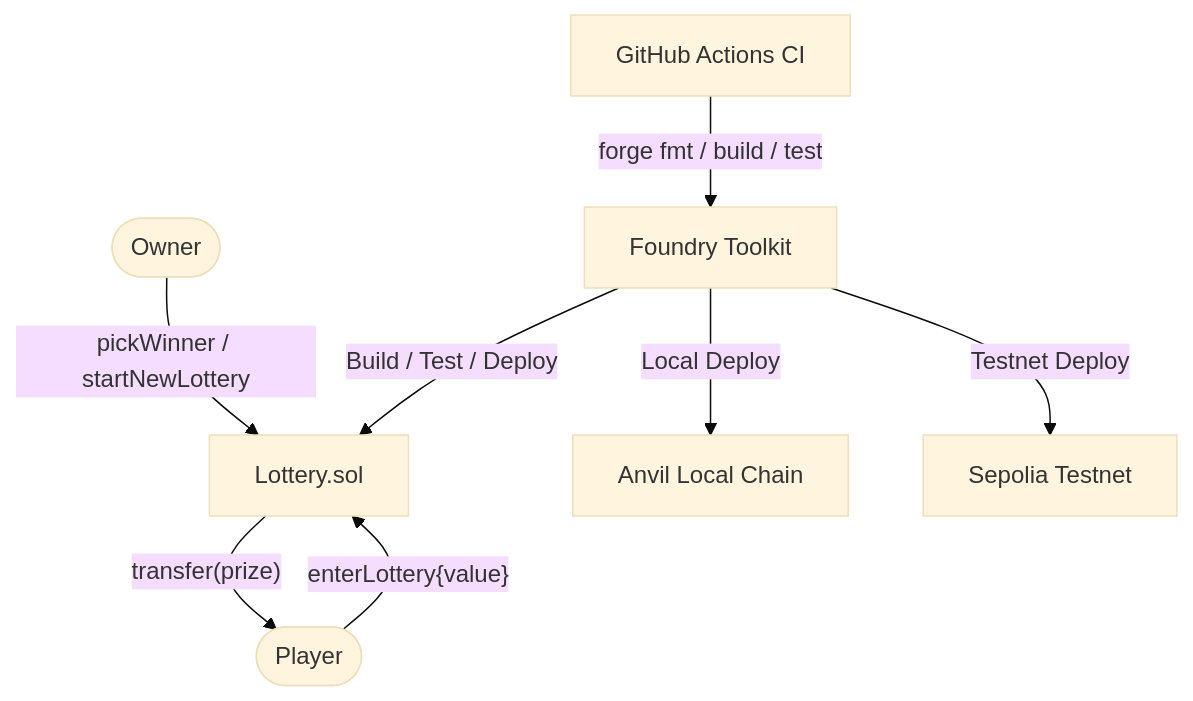
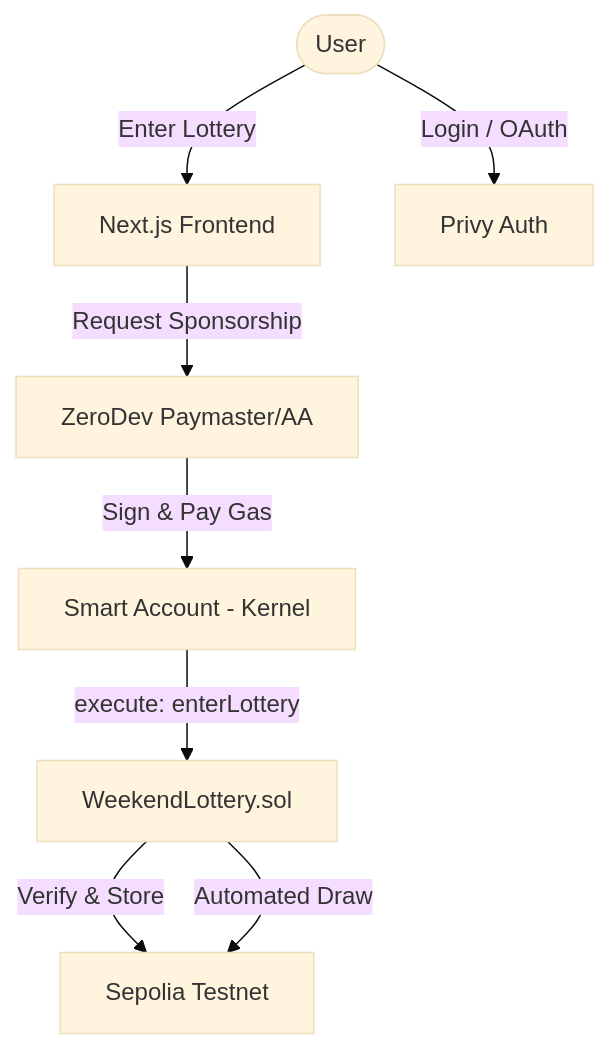
One commit to Memento-Academy/lottery changed the diagram in README.md. Above: the diagram before and after it, drawn with Mermaid (base theme). The commit also changed other lines of this file, not shown here.

Commit message:
docs: update README with frontend, AA, and architecture details

````diff
--- a/README.md
+++ b/README.md
@@ -53,18 +44,18 @@
 ```mermaid
 graph TD
-    Owner([Owner])
-    Player([Player])
-    Lottery[Lottery.sol]
-    Foundry[Foundry Toolkit]
-    Anvil[Anvil Local Chain]
-    Testnet[Sepolia Testnet]
-    GHA[GitHub Actions CI]
+    User([User])
+    Frontend[Next.js Frontend]
+    Privy[Privy Auth]
+    ZeroDev[ZeroDev Paymaster/AA]
+    SmartAccount[Smart Account - Kernel]
+    Lottery[WeekendLottery.sol]
+    Sepolia[Sepolia Testnet]
 
-    Player -- "enterLottery{value}" --> Lottery
-    Owner -- "pickWinner / startNewLottery" --> Lottery
-    Lottery -- "transfer(prize)" --> Player
-    Foundry -- "Build / Test / Deploy" --> Lottery
-    Foundry -- "Local Deploy" --> Anvil
-    Foundry -- "Testnet Deploy" --> Testnet
-    GHA -- "forge fmt / build / test" --> Foundry
+    User -- "Login / OAuth" --> Privy
+    User -- "Enter Lottery" --> Frontend
+    Frontend -- "Request Sponsorship" --> ZeroDev
+    ZeroDev -- "Sign & Pay Gas" --> SmartAccount
+    SmartAccount -- "execute: enterLottery" --> Lottery
+    Lottery -- "Verify & Store" --> Sepolia
+    Lottery -- "Automated Draw" --> Sepolia
 ```
````
